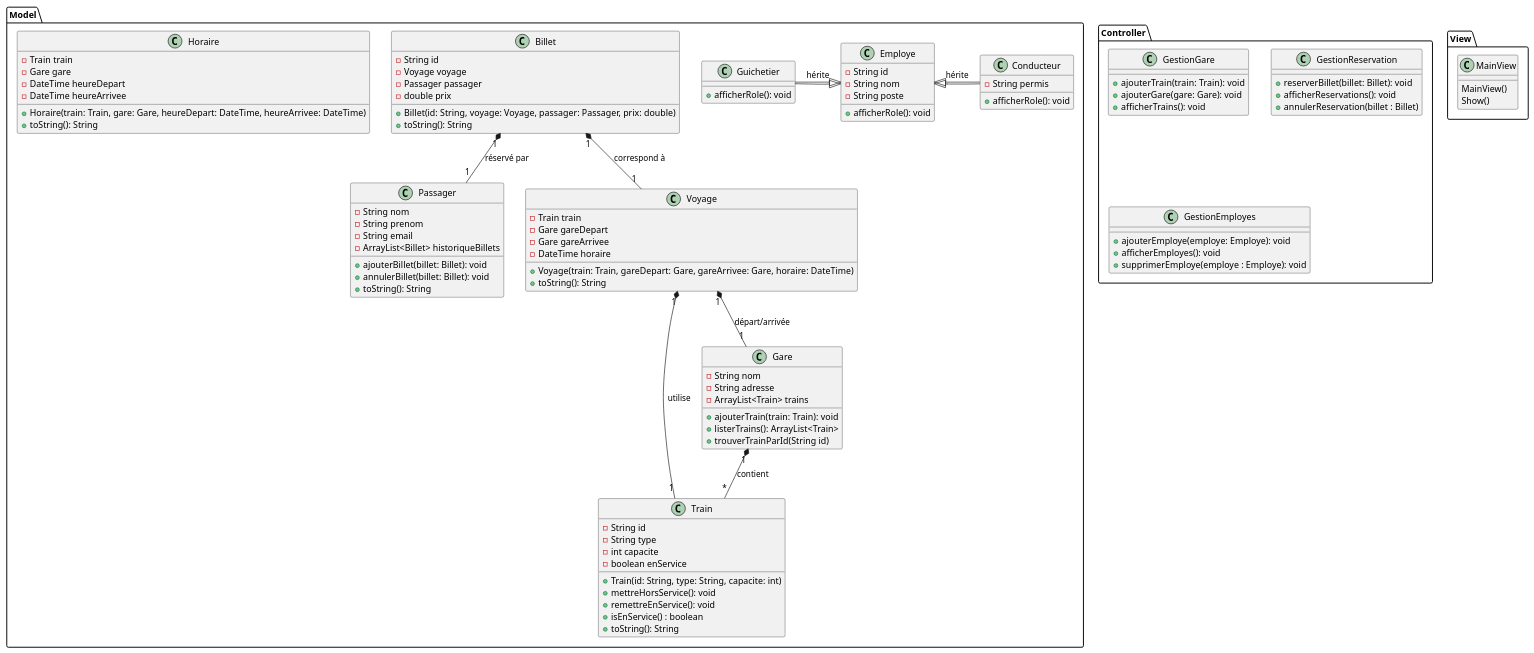
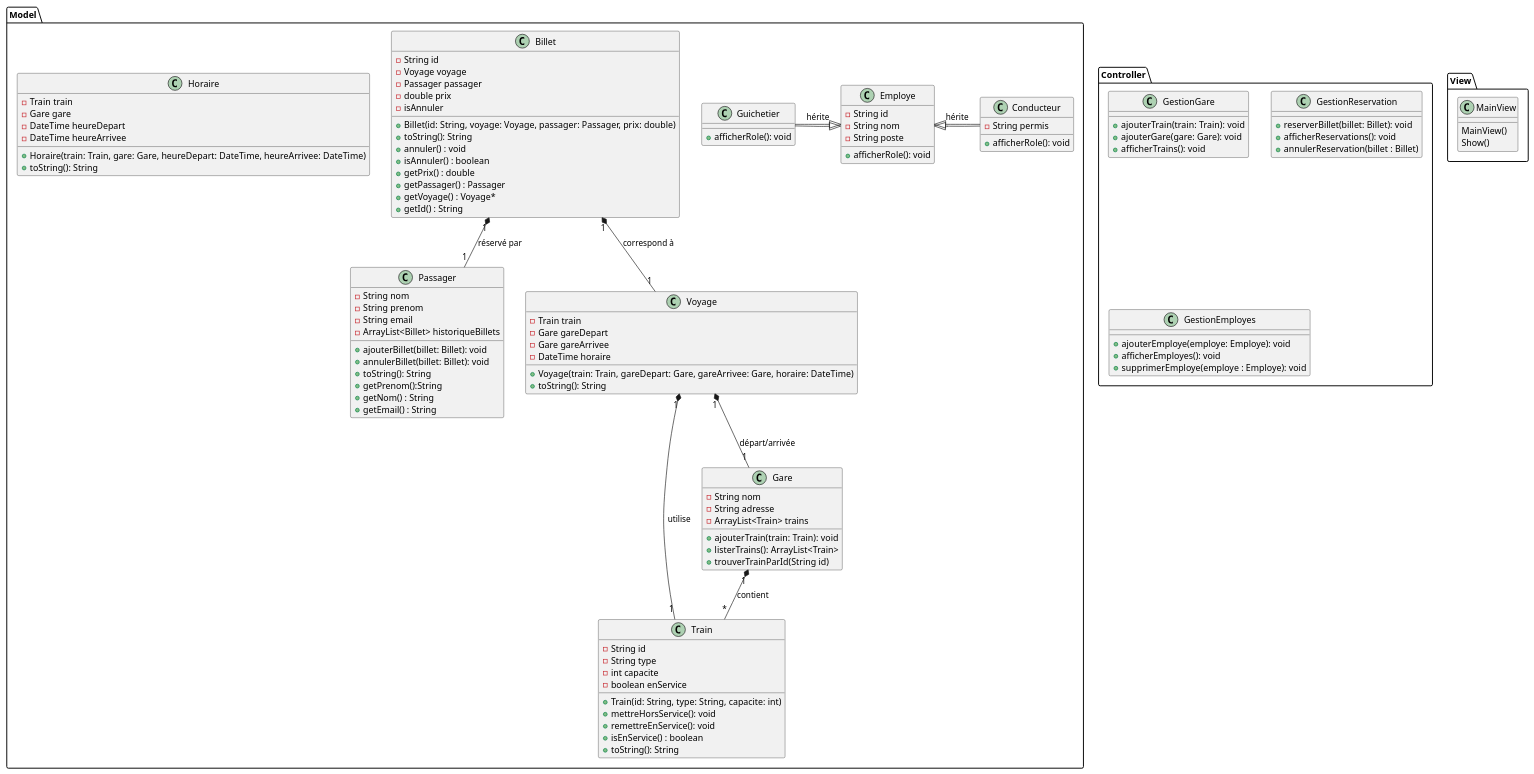
One commit to tintin491/javaGestionTrain changed the diagram in gestionGare.puml. Above: the diagram before and after it, drawn with PlantUML. The commit also changed 32 other files, not shown here.

Commit message:
Création classe Train et Gare, de leur services et leur controller + création base de données, plus continuité mise en place architecture

```diff
--- a/gestionGare.puml
+++ b/gestionGare.puml
@@ -1,117 +1,127 @@
 @startuml
 'https://plantuml.com/sequence-diagram
 
 package "Model" {
     ' Définition des classes principales
     class Train {
         - String id
         - String type
         - int capacite
         - boolean enService
         + Train(id: String, type: String, capacite: int)
         + mettreHorsService(): void
         + remettreEnService(): void
         + isEnService() : boolean
         + toString(): String
     }
 
     class Gare {
         - String nom
         - String adresse
         - ArrayList<Train> trains
         + ajouterTrain(train: Train): void
         + listerTrains(): ArrayList<Train>
         + trouverTrainParId(String id)
     }
 
     class Passager {
         - String nom
         - String prenom
         - String email
         - ArrayList<Billet> historiqueBillets
         + ajouterBillet(billet: Billet): void
         + annulerBillet(billet: Billet): void
         + toString(): String
+        + getPrenom():String
+        + getNom() : String
+        + getEmail() : String
     }
 
     class Billet {
         - String id
         - Voyage voyage
         - Passager passager
         - double prix
+        - isAnnuler
         + Billet(id: String, voyage: Voyage, passager: Passager, prix: double)
         + toString(): String
+        + annuler() : void
+        + isAnnuler() : boolean
+        + getPrix() : double
+        + getPassager() : Passager
+        + getVoyage() : Voyage*
+        + getId() : String
     }
 
     class Voyage {
         - Train train
         - Gare gareDepart
         - Gare gareArrivee
         - DateTime horaire
         + Voyage(train: Train, gareDepart: Gare, gareArrivee: Gare, horaire: DateTime)
         + toString(): String
     }
 
     class Horaire {
         - Train train
         - Gare gare
         - DateTime heureDepart
         - DateTime heureArrivee
         + Horaire(train: Train, gare: Gare, heureDepart: DateTime, heureArrivee: DateTime)
         + toString(): String
     }
 
     class Employe {
         - String id
         - String nom
         - String poste
         + afficherRole(): void
     }
 
     class Conducteur extends Employe {
         - String permis
         + afficherRole(): void
     }
 
     class Guichetier extends Employe {
         + afficherRole(): void
     }
 
     Gare "1" *-- "*" Train : contient
     Voyage "1" *-- "1" Train : utilise
     Voyage "1" *-- "1" Gare : départ/arrivée
     Billet "1" *-- "1" Voyage : correspond à
     Billet "1" *-- "1" Passager : réservé par
     Conducteur -|> Employe : hérite
     Guichetier -|> Employe : hérite
 
 }
 
 package "View"{
     class MainView{
         MainView()
         Show()
     }
 
 }
 
 package "Controller"{
         class GestionGare {
             + ajouterTrain(train: Train): void
             + ajouterGare(gare: Gare): void
             + afficherTrains(): void
         }
 
         class GestionReservation {
             + reserverBillet(billet: Billet): void
             + afficherReservations(): void
             + annulerReservation(billet : Billet)
         }
 
         class GestionEmployes {
             + ajouterEmploye(employe: Employe): void
             + afficherEmployes(): void
             + supprimerEmploye(employe : Employe): void
         }
 }
 @enduml
```
